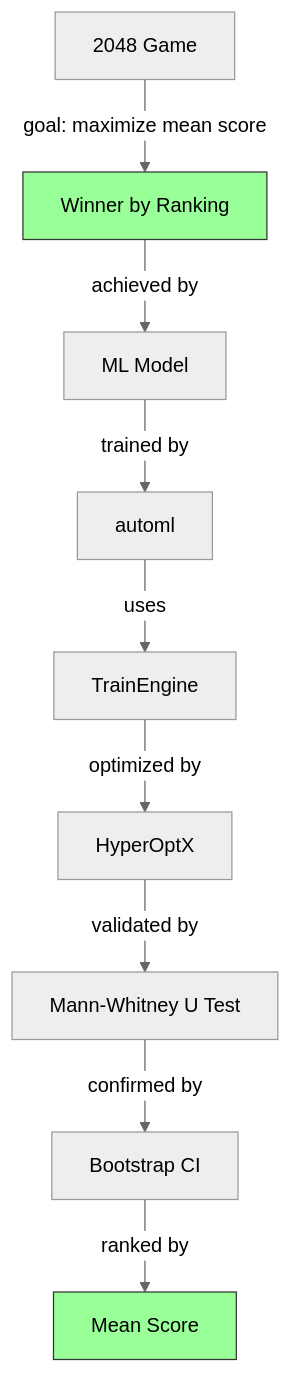
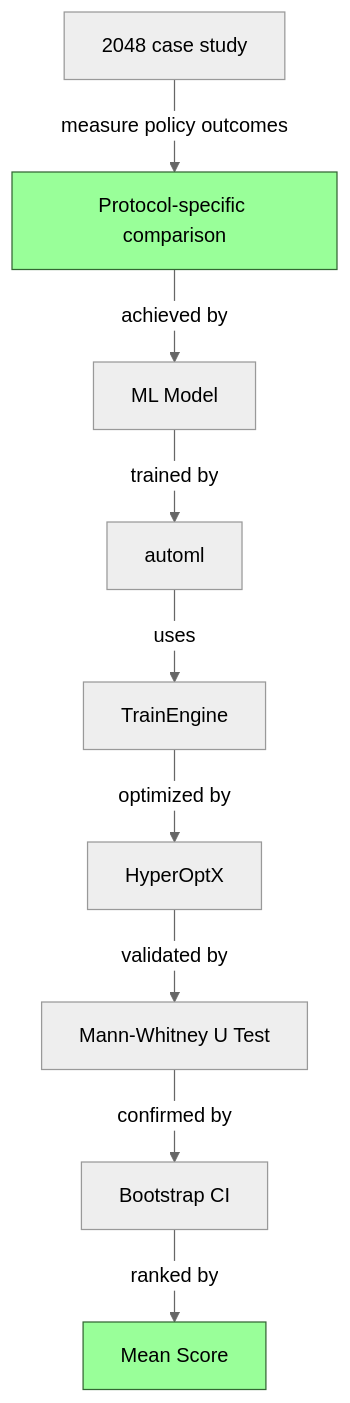
One commit to Evintkoo/2048-ml changed the second of 2 diagrams in plans/08-Research-Report/04-Appendix/02-glossary.md. Above: the diagram before and after it, drawn with Mermaid (neutral theme). The commit also changed other lines of this file and 144 other files, not shown here.

````diff
--- a/plans/08-Research-Report/04-Appendix/02-glossary.md
+++ b/plans/08-Research-Report/04-Appendix/02-glossary.md
@@ -133,14 +133,14 @@
 ```mermaid
 graph TD
-    A[2048 Game] -->|goal: maximize mean score| B[Winner by Ranking]
+    A[2048 case study] -->|measure policy outcomes| B[Protocol-specific comparison]
     B -->|achieved by| C[ML Model]
     C -->|trained by| D[automl]
     D -->|uses| E[TrainEngine]
     E -->|optimized by| F[HyperOptX]
     F -->|validated by| G[Mann-Whitney U Test]
     G -->|confirmed by| H[Bootstrap CI]
     H -->|ranked by| I[Mean Score]
     
-    style B fill:#9f9,stroke:#333
-    style I fill:#9f9,stroke:#333
+    style B fill:#9f9,stroke:#363
+    style I fill:#9f9,stroke:#363
 ```
````
